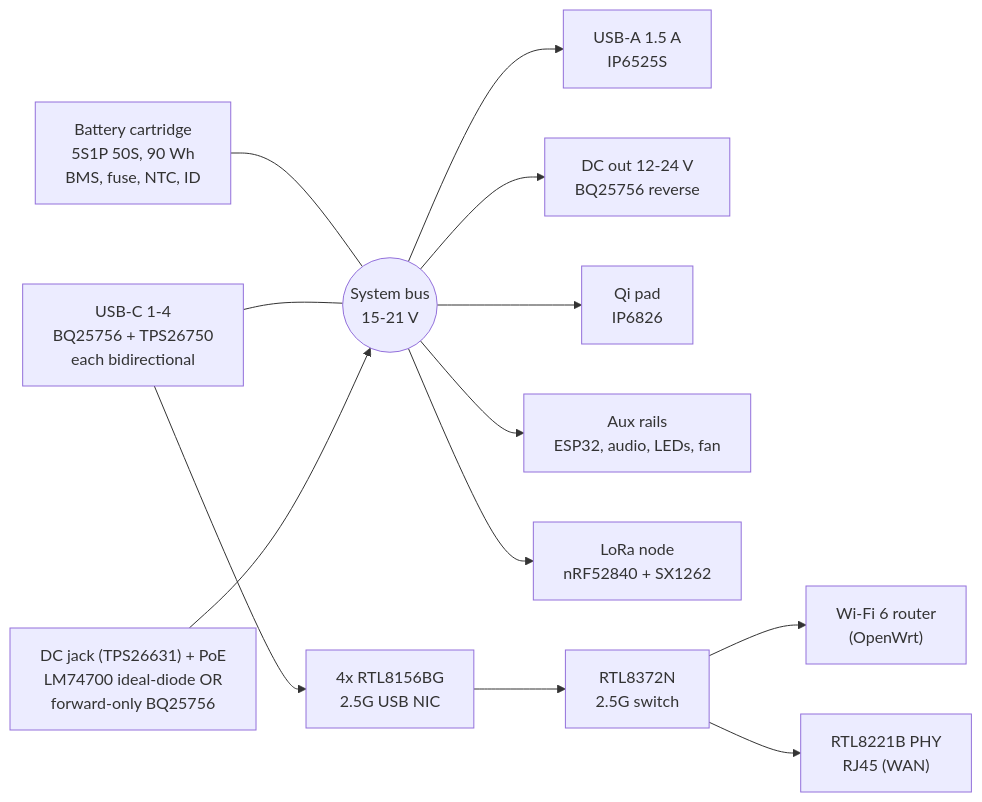
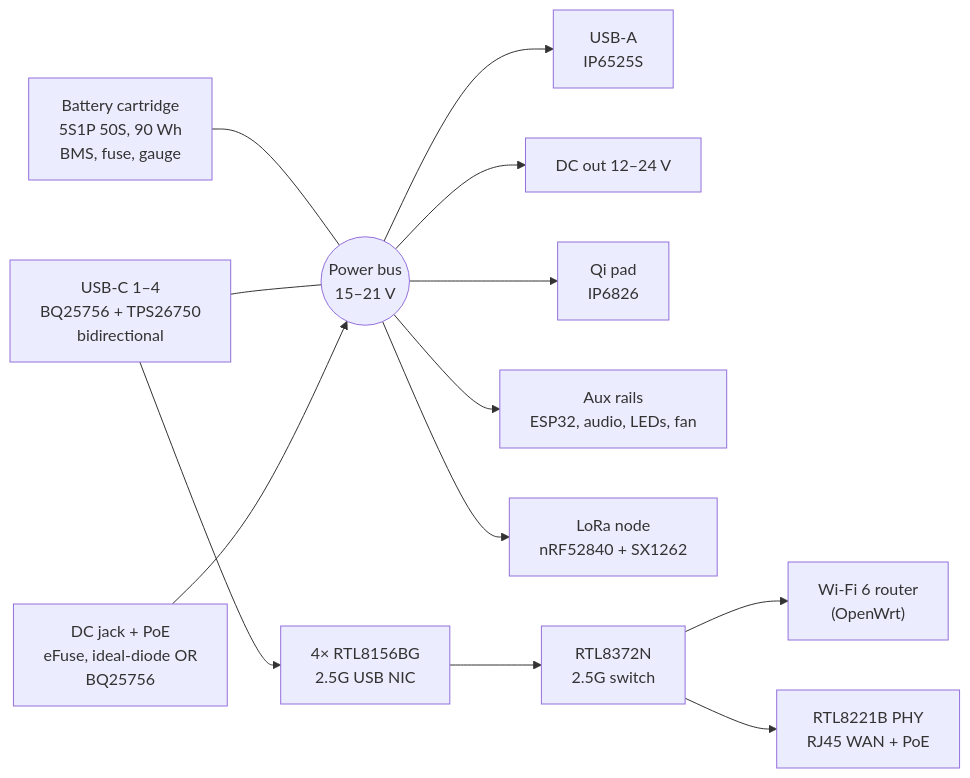
One commit to monstercameron/Battery-Bank-Circuit-Design changed the diagram in README.md. Above: the diagram before and after it, drawn with Mermaid. The commit also changed other lines of this file and 79 other files, not shown here.

````diff
--- a/README.md
+++ b/README.md
@@ -88,15 +78,15 @@
 ```mermaid
 flowchart LR
-    CART["Battery cartridge<br/>5S1P 50S, 90 Wh<br/>BMS, fuse, NTC, ID"] --- BUS(("System bus<br/>15-21 V"))
-    CH["USB-C 1-4<br/>BQ25756 + TPS26750<br/>each bidirectional"] --- BUS
-    IN["DC jack (TPS26631) + PoE<br/>LM74700 ideal-diode OR<br/>forward-only BQ25756"] --> BUS
-    BUS --> UA["USB-A 1.5 A<br/>IP6525S"]
-    BUS --> DCO["DC out 12-24 V<br/>BQ25756 reverse"]
+    CART["Battery cartridge<br/>5S1P 50S, 90 Wh<br/>BMS, fuse, gauge"] --- BUS(("Power bus<br/>15–21 V"))
+    CH["USB-C 1–4<br/>BQ25756 + TPS26750<br/>bidirectional"] --- BUS
+    IN["DC jack + PoE<br/>eFuse, ideal-diode OR<br/>BQ25756"] --> BUS
+    BUS --> UA["USB-A<br/>IP6525S"]
+    BUS --> DCO["DC out 12–24 V"]
     BUS --> QI["Qi pad<br/>IP6826"]
     BUS --> AUX["Aux rails<br/>ESP32, audio, LEDs, fan"]
     BUS --> LORA["LoRa node<br/>nRF52840 + SX1262"]
-    CH --> NIC["4x RTL8156BG<br/>2.5G USB NIC"]
+    CH --> NIC["4× RTL8156BG<br/>2.5G USB NIC"]
     NIC --> SW["RTL8372N<br/>2.5G switch"]
     SW --> RT["Wi-Fi 6 router<br/>(OpenWrt)"]
-    SW --> RJ["RTL8221B PHY<br/>RJ45 (WAN)"]
+    SW --> RJ["RTL8221B PHY<br/>RJ45 WAN + PoE"]
 ```
````
